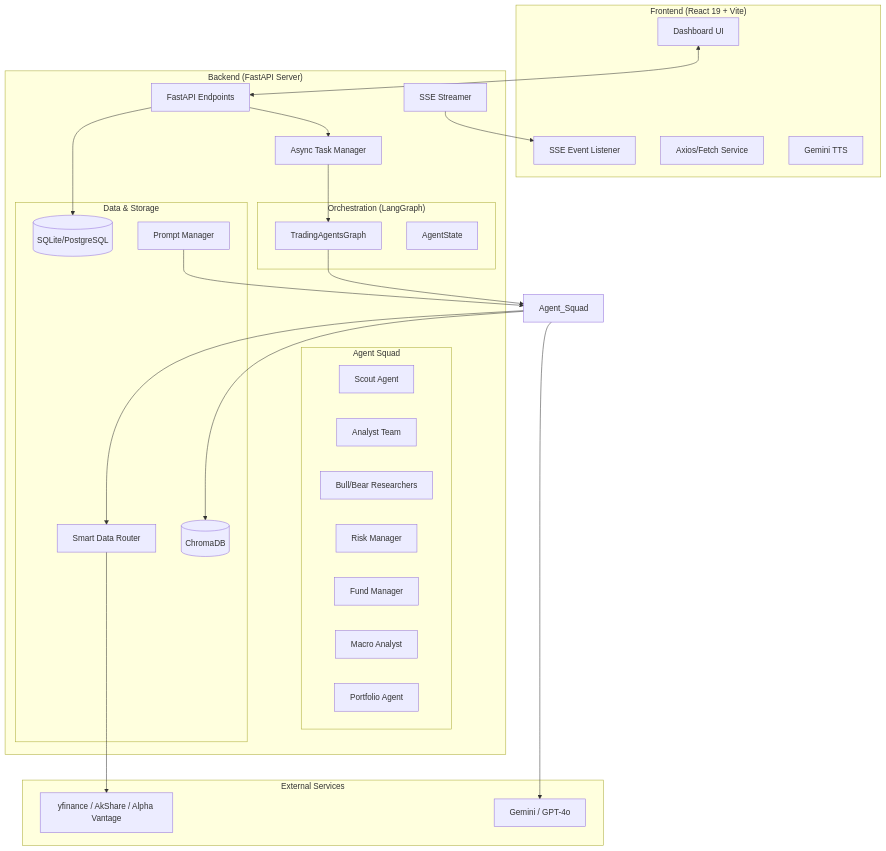
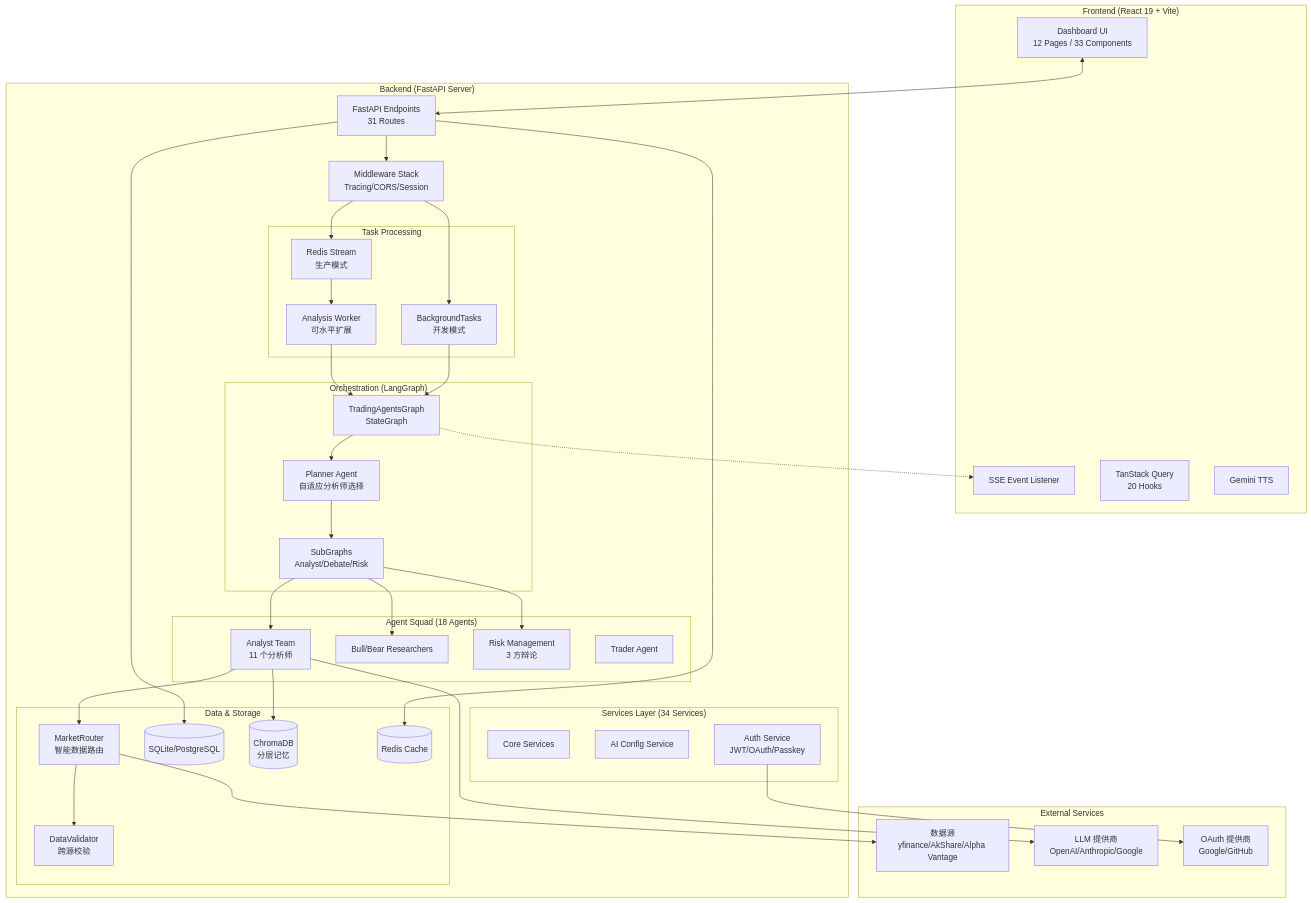
The diagram in docs/ARCH.md (LingXuanTech/HeavenlyMechanicPavilion), drawn with Mermaid before and after one commit. The commit also changed other lines of this file and 30 other files, not shown here.

````diff
--- a/docs/ARCH.md
+++ b/docs/ARCH.md
@@ -8,54 +18,75 @@
 ```mermaid
 graph TD
     subgraph "Frontend (React 19 + Vite)"
-        UI[Dashboard UI]
+        UI[Dashboard UI<br/>12 Pages / 33 Components]
         SSE_Client[SSE Event Listener]
-        API_Client[Axios/Fetch Service]
+        API_Client[TanStack Query<br/>20 Hooks]
         TTS_Engine[Gemini TTS]
     end
 
     subgraph "Backend (FastAPI Server)"
-        API_Layer[FastAPI Endpoints]
-        Task_Mgr[Async Task Manager]
-        SSE_Streamer[SSE Streamer]
-        
+        API_Layer[FastAPI Endpoints<br/>31 Routes]
+        Middleware[Middleware Stack<br/>Tracing/CORS/Session]
+
+        subgraph "Task Processing"
+            BG_Task[BackgroundTasks<br/>开发模式]
+            Task_Queue[Redis Stream<br/>生产模式]
+            Worker[Analysis Worker<br/>可水平扩展]
+        end
+
         subgraph "Orchestration (LangGraph)"
-            Graph[TradingAgentsGraph]
-            State[AgentState]
+            Planner[Planner Agent<br/>自适应分析师选择]
+            Graph[TradingAgentsGraph<br/>StateGraph]
+            SubGraphs[SubGraphs<br/>Analyst/Debate/Risk]
         end
-        
-        subgraph "Agent Squad"
-            Scout[Scout Agent]
-            Analyst[Analyst Team]
-            Researcher[Bull/Bear Researchers]
-            Risk[Risk Manager]
-            FundMgr[Fund Manager]
-            Macro[Macro Analyst]
-            Portfolio[Portfolio Agent]
+
+        subgraph "Agent Squad (18 Agents)"
+            Analysts[Analyst Team<br/>11 个分析师]
+            Researchers[Bull/Bear Researchers]
+            RiskMgmt[Risk Management<br/>3 方辩论]
+            Trader[Trader Agent]
         end
-        
+
         subgraph "Data & Storage"
-            Router[Smart Data Router]
+            Router[MarketRouter<br/>智能数据路由]
+            Validator[DataValidator<br/>跨源校验]
             SQL_DB[(SQLite/PostgreSQL)]
-            Vector_DB[(ChromaDB)]
-            Prompt_Mgr[Prompt Manager]
+            Vector_DB[(ChromaDB<br/>分层记忆)]
+            Cache[(Redis Cache)]
+        end
+
+        subgraph "Services Layer (34 Services)"
+            Core[Core Services]
+            AI[AI Config Service]
+            Auth[Auth Service<br/>JWT/OAuth/Passkey]
         end
     end
 
     subgraph "External Services"
-        Data_Sources[yfinance / AkShare / Alpha Vantage]
-        LLM_Providers[Gemini / GPT-4o]
+        Data_Sources[数据源<br/>yfinance/AkShare/Alpha Vantage]
+        LLM_Providers[LLM 提供商<br/>OpenAI/Anthropic/Google]
+        OAuth_Providers[OAuth 提供商<br/>Google/GitHub]
     end
 
     UI <--> API_Layer
-    SSE_Streamer --> SSE_Client
-    API_Layer --> Task_Mgr
-    Task_Mgr --> Graph
-    Graph --> Agent_Squad
-    Agent_Squad --> Router
+    API_Layer --> Middleware
+    Middleware --> BG_Task
+    Middleware --> Task_Queue
+    Task_Queue --> Worker
+    Worker --> Graph
+    BG_Task --> Graph
+    Graph --> Planner
+    Planner --> SubGraphs
+    SubGraphs --> Analysts
+    SubGraphs --> Researchers
+    SubGraphs --> RiskMgmt
+    Analysts --> Router
     Router --> Data_Sources
-    Agent_Squad --> LLM_Providers
-    Agent_Squad --> Vector_DB
+    Router --> Validator
+    Analysts --> LLM_Providers
+    Analysts --> Vector_DB
     API_Layer --> SQL_DB
-    Prompt_Mgr --> Agent_Squad
+    API_Layer --> Cache
+    Auth --> OAuth_Providers
+    Graph -.-> SSE_Client
 ```
````
